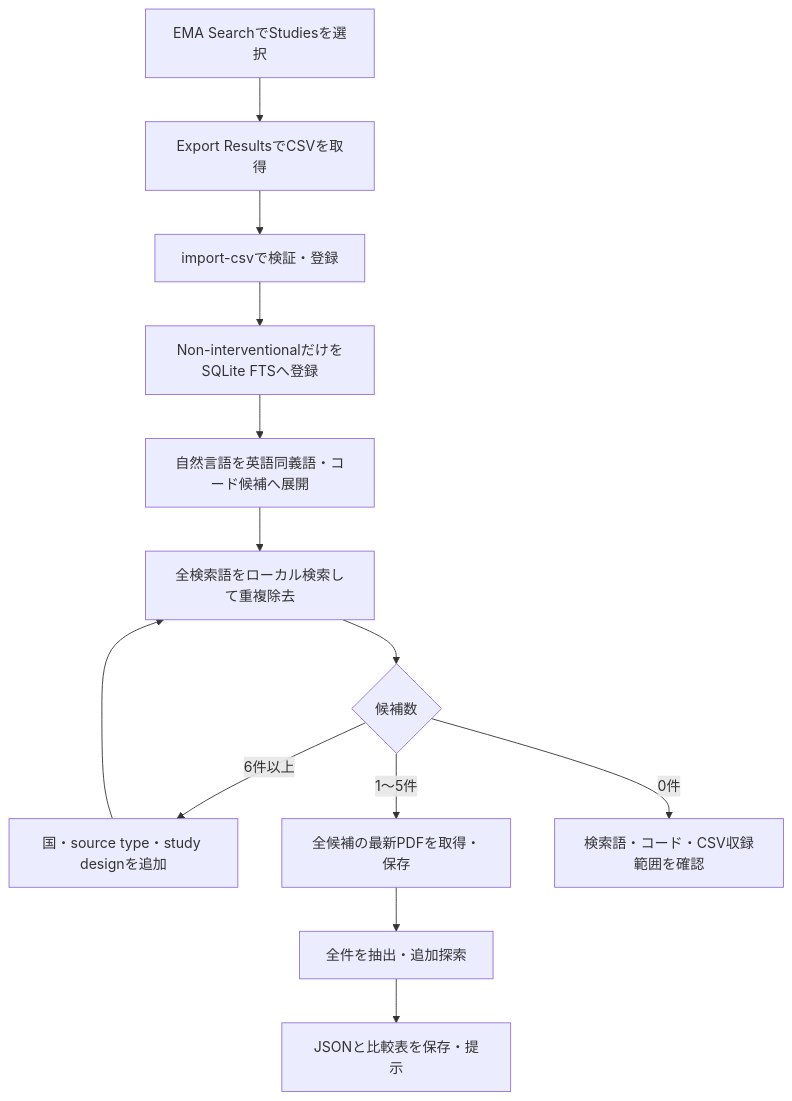
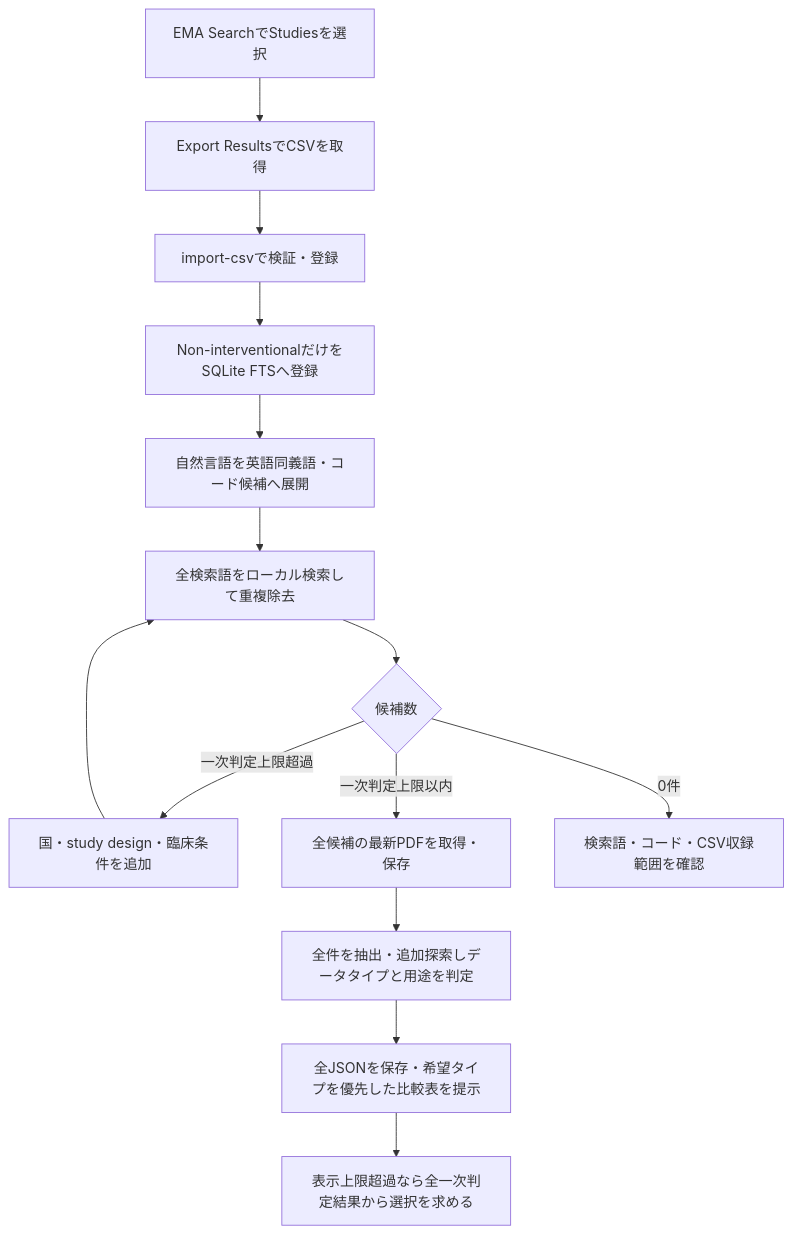
One commit to parfait0707/ema-rwe-mcp changed the first of 2 diagrams in README.md. Above: the diagram before and after it, drawn with Mermaid. The commit also changed other lines of this file and 28 other files, not shown here.

````diff
--- a/README.md
+++ b/README.md
@@ -32,15 +32,16 @@
 ```mermaid
 flowchart TD
     A[EMA SearchでStudiesを選択] --> B[Export ResultsでCSVを取得]
     B --> C[import-csvで検証・登録]
     C --> D[Non-interventionalだけをSQLite FTSへ登録]
     D --> E[自然言語を英語同義語・コード候補へ展開]
     E --> F[全検索語をローカル検索して重複除去]
     F --> G{候補数}
-    G -->|6件以上| H[国・source type・study designを追加]
+    G -->|一次判定上限超過| H[国・study design・臨床条件を追加]
     H --> F
-    G -->|1～5件| I[全候補の最新PDFを取得・保存]
-    I --> J[全件を抽出・追加探索]
-    J --> K[JSONと比較表を保存・提示]
+    G -->|一次判定上限以内| I[全候補の最新PDFを取得・保存]
+    I --> J[全件を抽出・追加探索しデータタイプと用途を判定]
+    J --> K[全JSONを保存・希望タイプを優先した比較表を提示]
+    K --> M[表示上限超過なら全一次判定結果から選択を求める]
     G -->|0件| L[検索語・コード・CSV収録範囲を確認]
 ```
````
